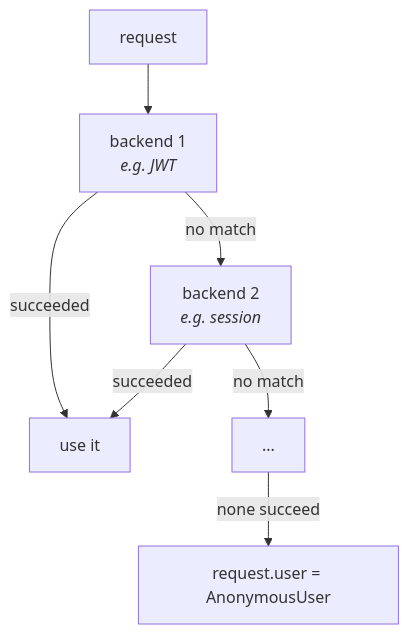
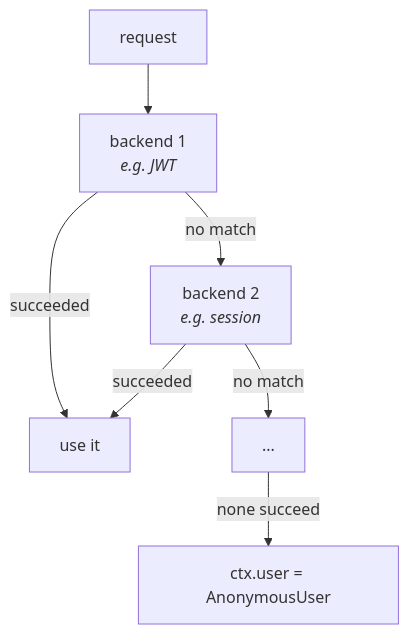
The first of 2 diagrams in docs/docs/src/content/docs/v1.0/guides/authentication.md (sillohq/core), drawn with Mermaid before and after one commit. The commit also changed other lines of this file and 72 other files, not shown here.

````diff
--- a/docs/docs/src/content/docs/v1.0/guides/authentication.md
+++ b/docs/docs/src/content/docs/v1.0/guides/authentication.md
@@ -103,10 +103,10 @@
 ```mermaid
 graph TD
     R["request"]
     R --> B1["backend 1<br/><i>e.g. JWT</i>"]
     B1 -->|"succeeded"| U["use it"]
     B1 -->|"no match"| B2["backend 2<br/><i>e.g. session</i>"]
     B2 -->|"succeeded"| U
     B2 -->|"no match"| BN["..."]
-    BN -->|"none succeed"| AN["request.user = AnonymousUser"]
+    BN -->|"none succeed"| AN["ctx.user = AnonymousUser"]
 ```
````
